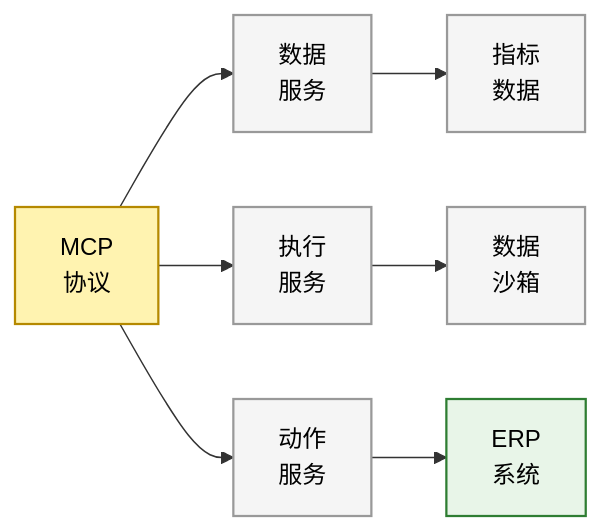
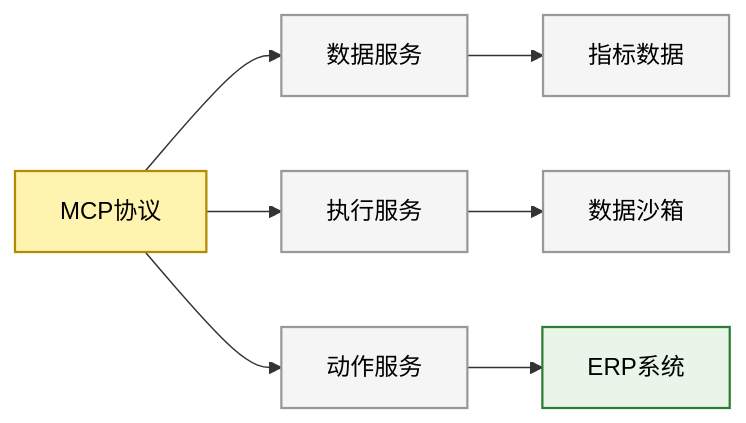
Before and after one commit to BillZong/BillZong.github.io: the first of 11 diagrams in source/_posts/bi-evolution-6-ai-native-restructure.md, drawn with Mermaid. The commit also changed other lines of this file, not shown here.

First line of the commit message:
fix(BI-ch6): remove \n from mermaid labels

```diff
--- a/source/_posts/bi-evolution-6-ai-native-restructure.md
+++ b/source/_posts/bi-evolution-6-ai-native-restructure.md
@@ -93,18 +93,18 @@
 {% mermaid %}
 flowchart LR
     classDef entry fill:#fff3b0,stroke:#b58900,color:#000,stroke-width:1.5px
     classDef decision fill:#fce4ec,stroke:#c62828,color:#000,stroke-width:1.5px
     classDef exit fill:#e8f5e8,stroke:#2e7d32,color:#000,stroke-width:1.5px
     classDef normal fill:#f5f5f5,stroke:#999,color:#000,stroke-width:1.5px
 
-    MCP["MCP\n协议"]:::entry
-    D1["数据\n服务"]:::normal
-    D2["执行\n服务"]:::normal
-    D3["动作\n服务"]:::normal
-    M1["指标\n数据"]:::normal
-    M2["数据\n沙箱"]:::normal
-    M3["ERP\n系统"]:::exit
+    MCP["MCP协议"]:::entry
+    D1["数据服务"]:::normal
+    D2["执行服务"]:::normal
+    D3["动作服务"]:::normal
+    M1["指标数据"]:::normal
+    M2["数据沙箱"]:::normal
+    M3["ERP系统"]:::exit
     MCP --> D1 --> M1
     MCP --> D2 --> M2
     MCP --> D3 --> M3
 {% endmermaid %}
```
